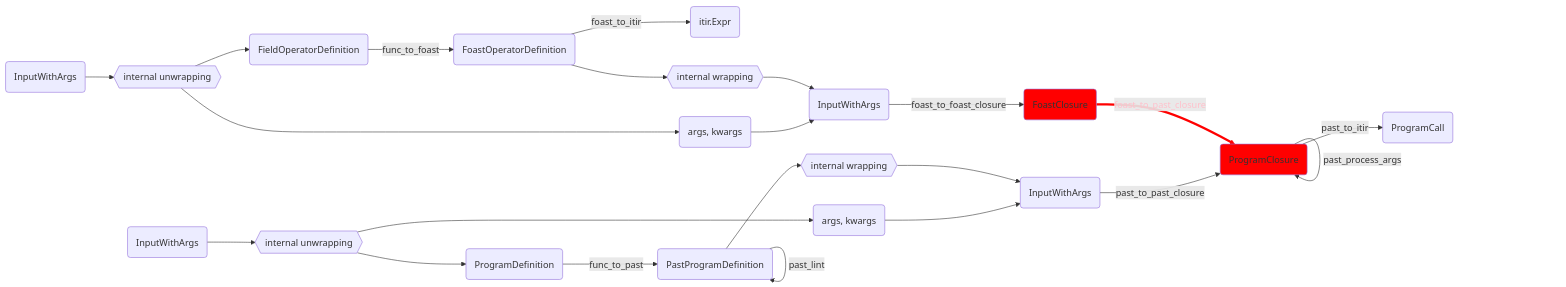
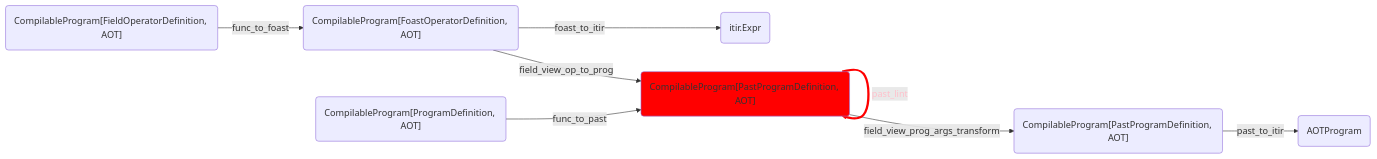
The fifth of 10 diagrams in docs/user/next/advanced/ToolchainWalkthrough.md (GridTools/gt4py), drawn with Mermaid before and after one commit. The commit also changed other lines of this file and 48 other files, not shown here.

````diff
--- a/docs/user/next/advanced/ToolchainWalkthrough.md
+++ b/docs/user/next/advanced/ToolchainWalkthrough.md
@@ -258,30 +160,16 @@
 ```mermaid
 graph LR
 
-fdef(FieldOperatorDefinition) -->|func_to_foast| foast(FoastOperatorDefinition)
+fdef("CompilableProgram[FieldOperatorDefinition, AOT]") -->|func_to_foast| foast("CompilableProgram[FoastOperatorDefinition, AOT]")
 foast -->|foast_to_itir| itir_expr(itir.Expr)
-foasta -->|foast_to_foast_closure| fclos(FoastClosure)
-fclos -->|foast_to_past_closure| pclos(PastClosure)
-pclos -->|past_process_args| pclos
-pclos -->|past_to_itir| pcall(ProgramCall)
+foast -->|field_view_op_to_prog| past("CompilableProgram[PastProgramDefinition, AOT]")
+past -->|past_lint| past
+past -->|field_view_prog_args_transform| tapast("CompilableProgram[PastProgramDefinition, AOT]")
+tapast -->|past_to_itir| pcall(AOTProgram)
 
-pdef(ProgramDefinition) -->|func_to_past| past(PastProgramDefinition)
-past -->|past_lint| past
-pasta -->|past_to_past_closure| pclos(ProgramClosure)
+pdef("CompilableProgram[ProgramDefinition, AOT]") -->|func_to_past| past("CompilableProgram[PastProgramDefinition, AOT]")
 
-fdefa(InputWithArgs) --> fuwr{{"internal unwrapping"}} --> fdef
-fuwr --> fargs(args, kwargs)
-
-foast --> fiwr{{"internal wrapping"}} --> foasta(InputWithArgs)
-fargs --> foasta
-
-pdefa(InputWithArgs) --> puwr{{"internal unwrapping"}} --> pdef
-puwr --> pargs(args, kwargs)
-
-past --> piwr{{"internal wrapping"}} --> pasta(InputWithArgs)
-pargs --> pasta
-
-style fclos fill:red
-style pclos fill:red
+style past fill:red
+%%style tapast fill:red
 linkStyle 3 stroke:red,stroke-width:4px,color:pink
 ```
````
